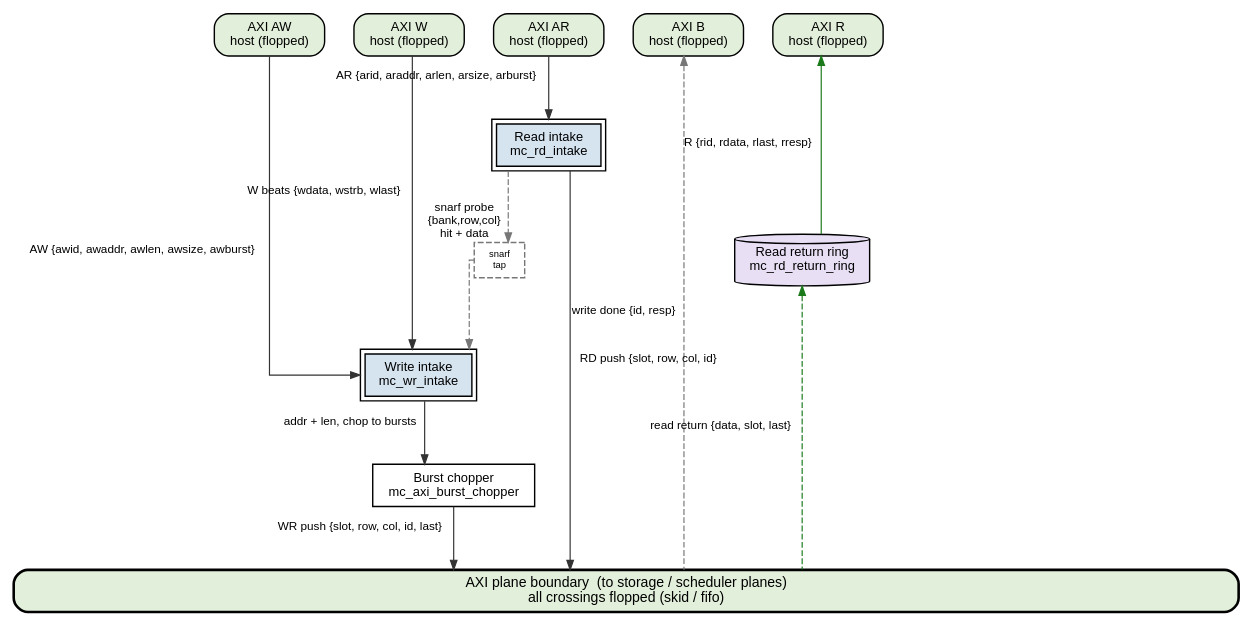
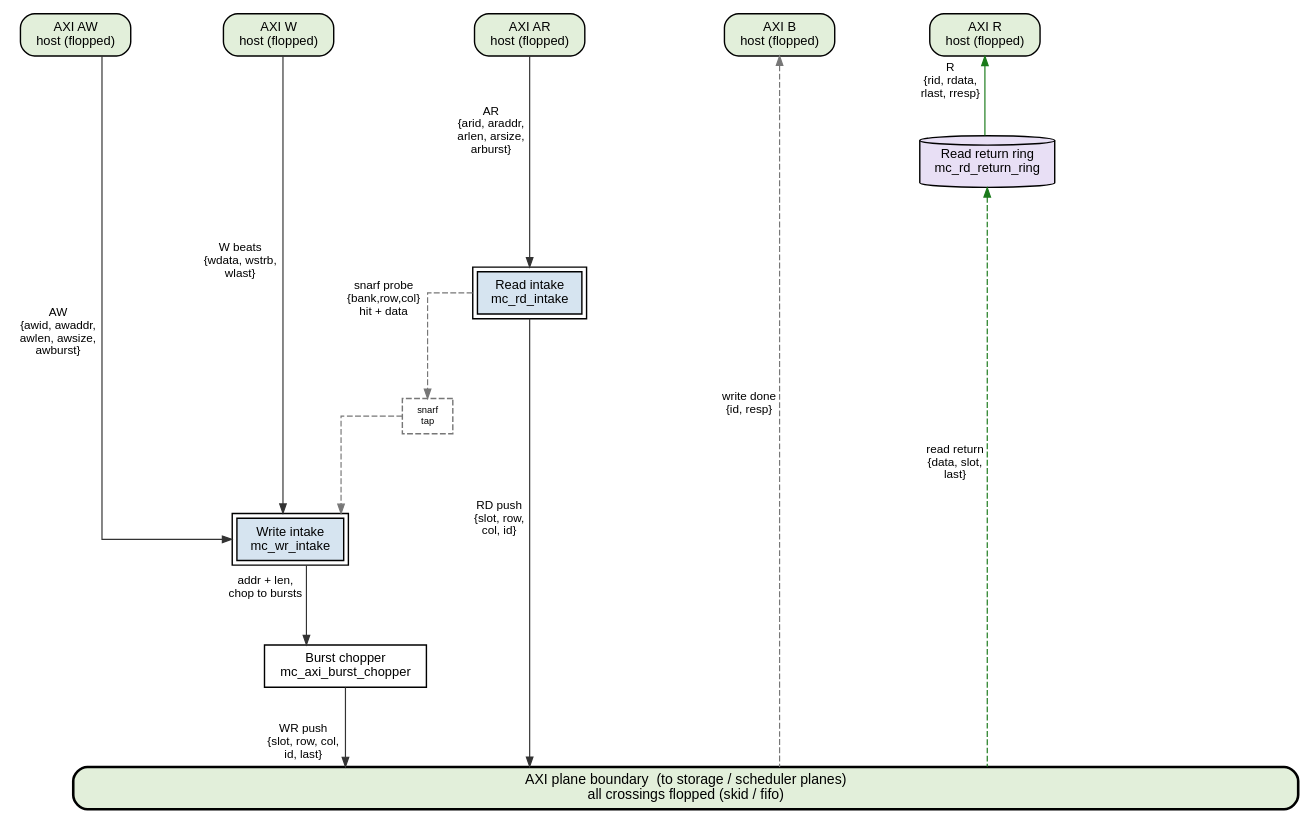
Before and after one commit to sean-galloway/RTLDesignSherpa: the diagram in vault/handbook/authoring/assets/block-diagrams/axi_plane.dot, drawn with Graphviz. The commit also changed 2 other files, not shown here.

Commit message:
docs(handbook): reference diagram legibility pass -- no label on a line
The stored AXI-plane example carried six edge labels across a neighbouring
lane (AR over W, W over AW, R / RD push / read return over B, write done
over RD), a rule-10 violation inherited from its debug original. Every
multi-field payload is now a stacked multi-line xlabel (the note's own
recipe), nodesep 0.35 -> 1.1 and ranksep 0.75 -> 0.95 give each label its
lane, and AR -> read intake takes minlen=2 so its stacked label clears the
box. Rendered and read back.

```diff
--- a/vault/handbook/authoring/assets/block-diagrams/axi_plane.dot
+++ b/vault/handbook/authoring/assets/block-diagrams/axi_plane.dot
@@ -1,67 +1,67 @@
 // REFERENCE EXAMPLE for vault/handbook/authoring/block-diagrams.md (owner,
 // 2026-10-19: "a very good example ... it has most of the elements").
 // Source: projects/components/mem-ctrl-ip/debug/axi_plane_main.dot, brought
 // to the element key: fills by class from the RTL, registered = double border.
 // AXI4 plane standalone — legibility pass v2 (owner rule 10).
 // ortho + label = xlabel only (ortho ignores edge labels).
 // Return flows drawn downward with dir=back so ranks stay natural.
 digraph axi_plane {
     rankdir=TB;
-    graph [splines=ortho, nodesep=0.35, ranksep=0.75, compound=true, fontname="Helvetica"];
+    graph [splines=ortho, nodesep=1.1, ranksep=0.95, compound=true, fontname="Helvetica"];
     node  [fontname="Helvetica", fontsize=11, style=filled, fillcolor="white", penwidth=1.2];
     edge  [fontname="Helvetica", fontsize=10, color="#333333", arrowsize=0.8];
 
     // ---- host channel row (order pinned by invisible edges) ---------------
     aw  [label="AXI AW\nhost (flopped)", shape=box, style="rounded,filled", fillcolor="#E2EFDA"];
     w   [label="AXI W\nhost (flopped)",  shape=box, style="rounded,filled", fillcolor="#E2EFDA"];
     ar  [label="AXI AR\nhost (flopped)", shape=box, style="rounded,filled", fillcolor="#E2EFDA"];
     b   [label="AXI B\nhost (flopped)",  shape=box, style="rounded,filled", fillcolor="#E2EFDA"];
     r   [label="AXI R\nhost (flopped)",  shape=box, style="rounded,filled", fillcolor="#E2EFDA"];
     { rank=same; aw; w; ar; b; r; }
     aw -> w   [style=invis];
     w  -> ar  [style=invis];
     ar -> b   [style=invis];
     b  -> r   [style=invis];
 
     // ---- plane blocks ------------------------------------------------------
     // Registered: outputs leave through gaxi_fifo_sync queues.
     wr_intake [label="Write intake\nmc_wr_intake", shape=box, peripheries=2, fillcolor="#D6E4F0"];
     // Combinational: the first beat passes fub_axvalid straight through.
     chopper   [label="Burst chopper\nmc_axi_burst_chopper", shape=box];
     rd_intake [label="Read intake\nmc_rd_intake", shape=box, peripheries=2, fillcolor="#D6E4F0"];
     ret_ring  [label="Read return ring\nmc_rd_return_ring", shape=cylinder, fillcolor="#E8DFF5"];
 
     bar [label="AXI plane boundary  (to storage / scheduler planes)\nall crossings flopped (skid / fifo)",
          shape=box, style="rounded,filled", fillcolor="#E2EFDA", penwidth=2.2,
          width=14.5, height=0.5, fontsize=12];
 
     // ---- write request flow (top-down, left) -------------------------------
-    aw -> wr_intake [xlabel="AW {awid, awaddr, awlen, awsize, awburst}"];
-    w  -> wr_intake [xlabel="W beats {wdata, wstrb, wlast}"];
-    wr_intake -> chopper [xlabel="addr + len, chop to bursts"];
-    chopper -> bar [xlabel="WR push {slot, row, col, id, last}"];
+    aw -> wr_intake [xlabel="AW\n{awid, awaddr,\nawlen, awsize,\nawburst}"];
+    w  -> wr_intake [xlabel="W beats\n{wdata, wstrb,\nwlast}"];
+    wr_intake -> chopper [xlabel="addr + len,\nchop to bursts"];
+    chopper -> bar [xlabel="WR push\n{slot, row, col,\nid, last}"];
 
     // ---- read request flow (top-down, right) -------------------------------
-    ar -> rd_intake [xlabel="AR {arid, araddr, arlen, arsize, arburst}"];
-    rd_intake -> bar [xlabel="RD push {slot, row, col, id}"];
+    ar -> rd_intake [minlen=2, xlabel="AR\n{arid, araddr,\narlen, arsize,\narburst}"];
+    rd_intake -> bar [xlabel="RD push\n{slot, row,\ncol, id}"];
 
     // ---- read return flow (drawn down, dir=back => reads as data climbing) -
     r -> ret_ring [dir=back, color="#1A7A1A",
-                   xlabel="R {rid, rdata, rlast, rresp}"];
+                   xlabel="R\n{rid, rdata,\nrlast, rresp}"];
     ret_ring -> bar [dir=back, color="#1A7A1A", style=dashed,
-                     xlabel="read return {data, slot, last}"];
+                     xlabel="read return\n{data, slot,\nlast}"];
 
     // ---- write response sideband (drawn down, dir=back) --------------------
     b -> bar [dir=back, style=dashed, color="#777777",
-              xlabel="write done {id, resp}"];
+              xlabel="write done\n{id, resp}"];
 
     // ---- snarf probe sideband ----------------------------------------------
     snarf_tap [label="snarf\ntap", shape=box, style="filled,dashed",
                fillcolor="#ffffff", fontsize=8, width=0.6, height=0.42,
                color="#777777"];
     rd_intake -> snarf_tap [style=dashed, color="#777777",
                             xlabel="snarf probe\n{bank,row,col}\nhit + data"];
     snarf_tap -> wr_intake [style=dashed, color="#777777"];
 
 
 }
```
